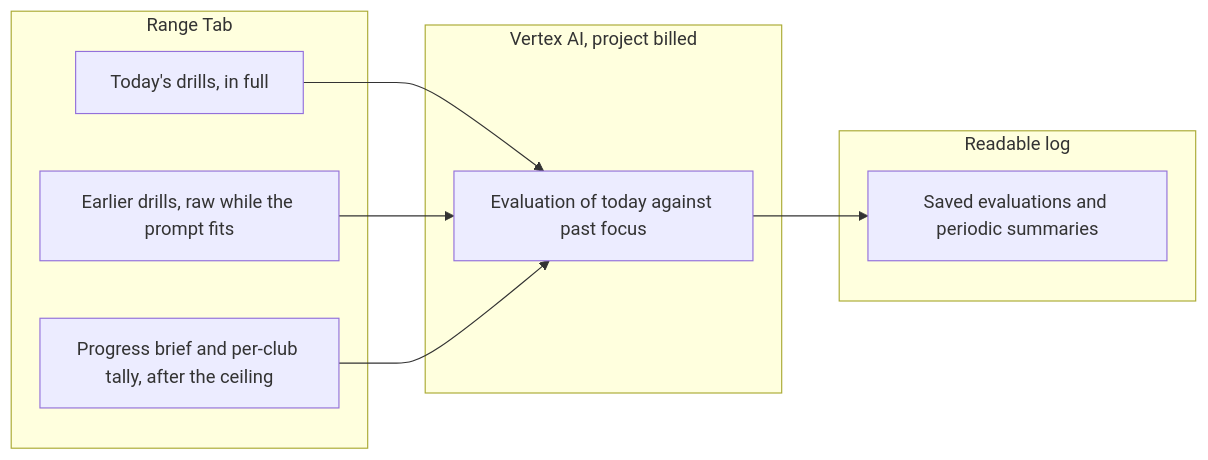
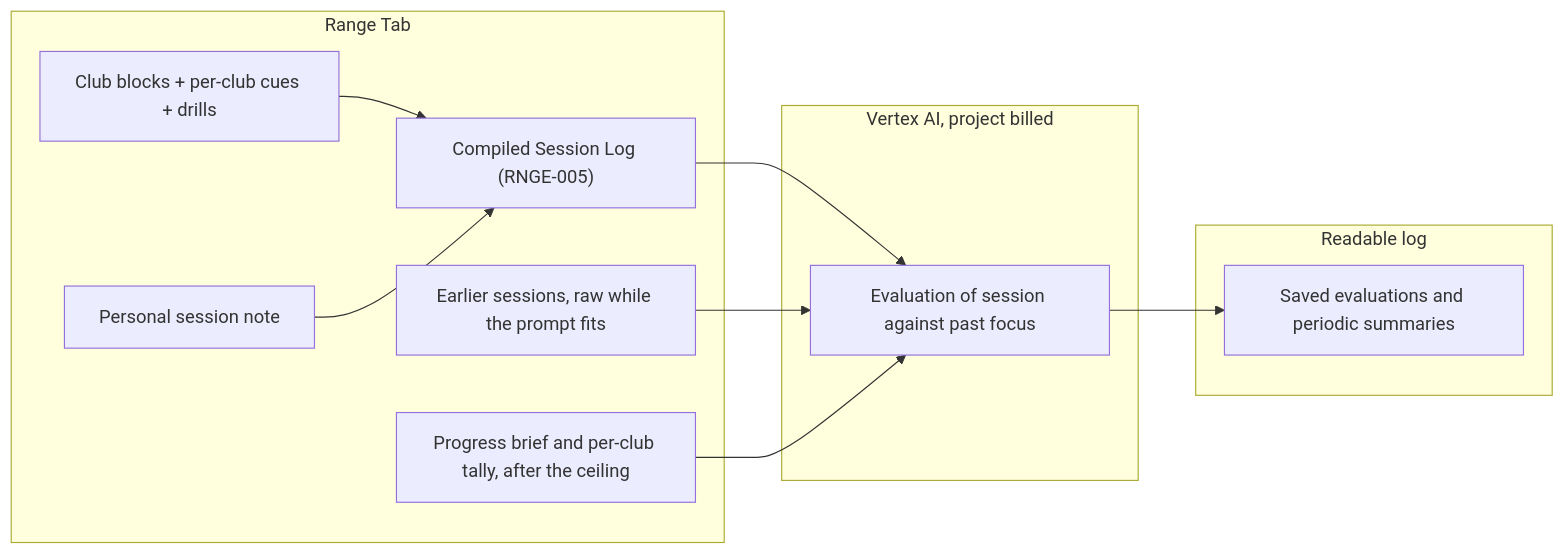
The diagram in docs/context/PRD.md (ograva/My-Golf-Diary), drawn with Mermaid before and after one commit. The commit also changed other lines of this file and 10 other files, not shown here.

First line of the commit message:
docs(prd,arch): add RNGE-005 session note and compiled range session log (#28)

````diff
--- a/docs/context/PRD.md
+++ b/docs/context/PRD.md
@@ -121,18 +125,22 @@
 ```mermaid
 flowchart LR
   subgraph Range_Tab [Range Tab]
-    Today["Today's drills, in full"]
-    History["Earlier drills, raw while the prompt fits"]
+    Blocks["Club blocks + per-club cues + drills"]
+    SessionNote["Personal session note"]
+    SessionLog["Compiled Session Log (RNGE-005)"]
+    History["Earlier sessions, raw while the prompt fits"]
     Brief["Progress brief and per-club tally, after the ceiling"]
+    Blocks --> SessionLog
+    SessionNote --> SessionLog
   end
   subgraph Vertex [Vertex AI, project billed]
-    Eval["Evaluation of today against past focus"]
+    Eval["Evaluation of session against past focus"]
   end
   subgraph Log [Readable log]
     Rows["Saved evaluations and periodic summaries"]
   end
-  Today --> Eval
+  SessionLog --> Eval
   History --> Eval
   Brief --> Eval
   Eval --> Rows
 ```
````
